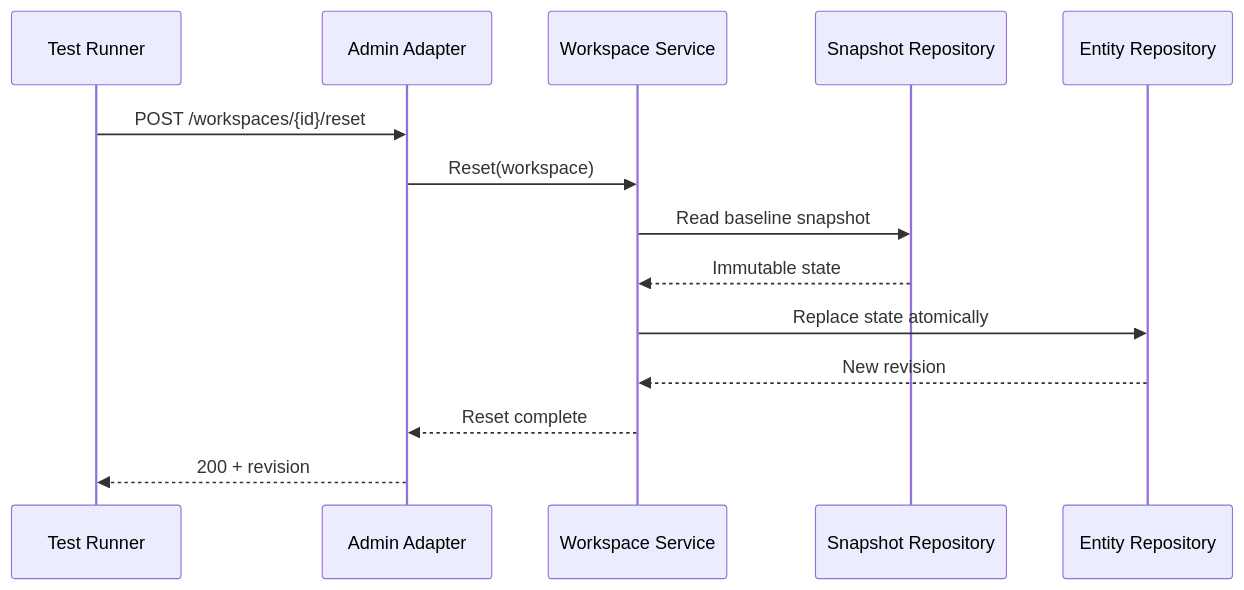
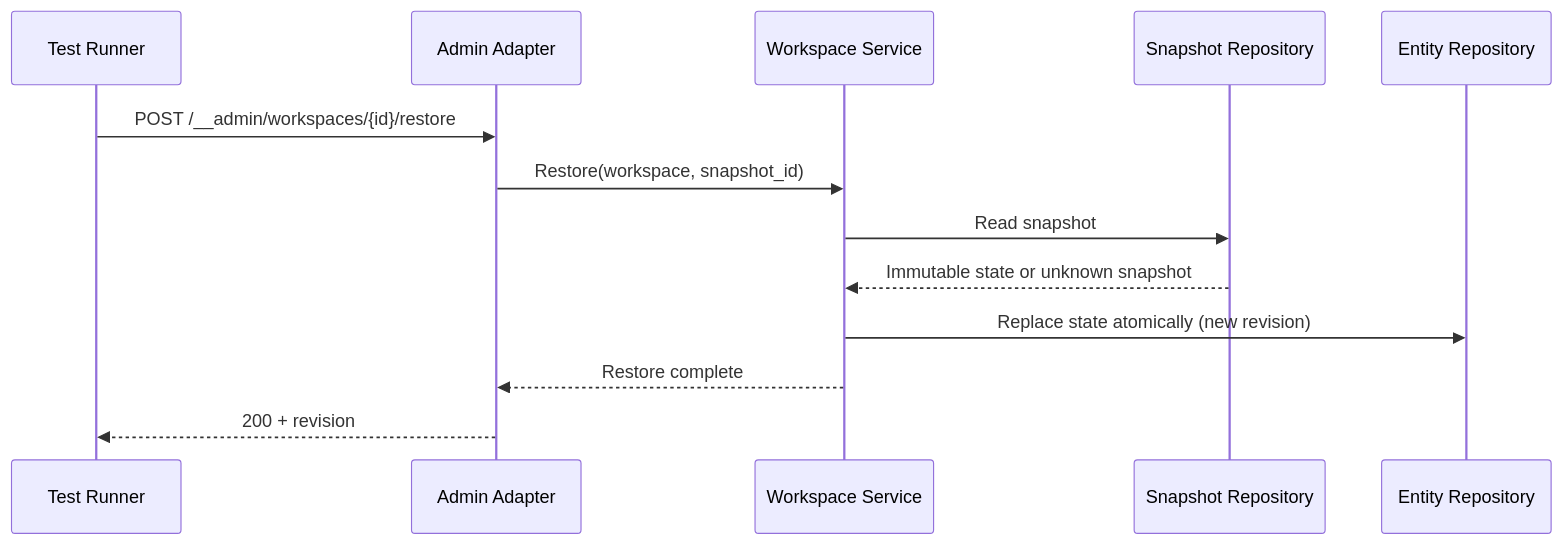
The seventh of 10 diagrams in spec/architecture.md (pt9912/odata-recorder), drawn with Mermaid before and after one commit. The commit also changed other lines of this file and 8 other files, not shown here.

````diff
--- a/spec/architecture.md
+++ b/spec/architecture.md
@@ -301,16 +330,15 @@
 ```mermaid
 sequenceDiagram
     participant T as Test Runner
     participant A as Admin Adapter
     participant W as Workspace Service
     participant S as Snapshot Repository
     participant E as Entity Repository
-    T->>A: POST /workspaces/{id}/reset
-    A->>W: Reset(workspace)
-    W->>S: Read baseline snapshot
-    S-->>W: Immutable state
-    W->>E: Replace state atomically
-    E-->>W: New revision
-    W-->>A: Reset complete
+    T->>A: POST /__admin/workspaces/{id}/restore
+    A->>W: Restore(workspace, snapshot_id)
+    W->>S: Read snapshot
+    S-->>W: Immutable state or unknown snapshot
+    W->>E: Replace state atomically (new revision)
+    W-->>A: Restore complete
     A-->>T: 200 + revision
 ```
````
